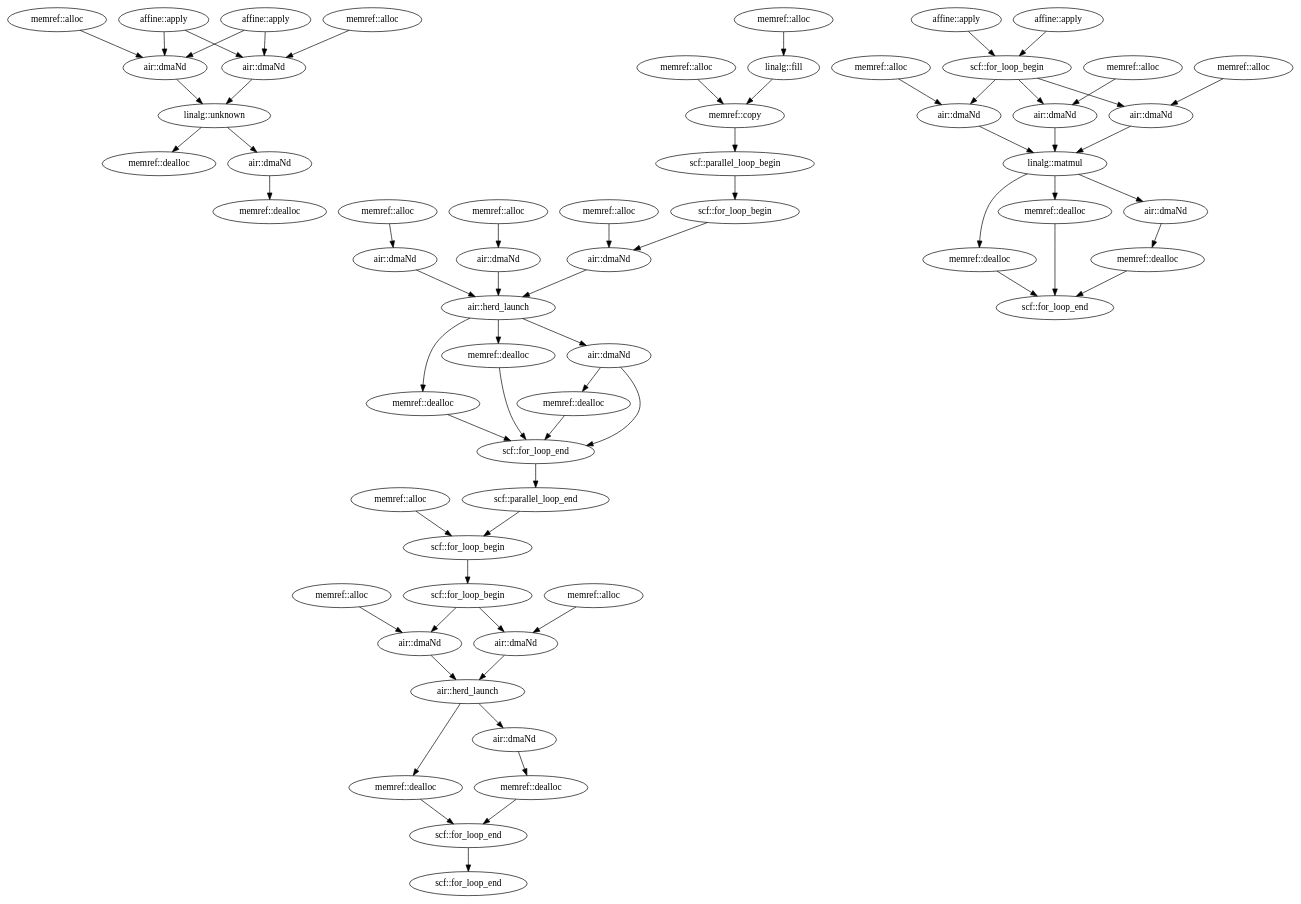
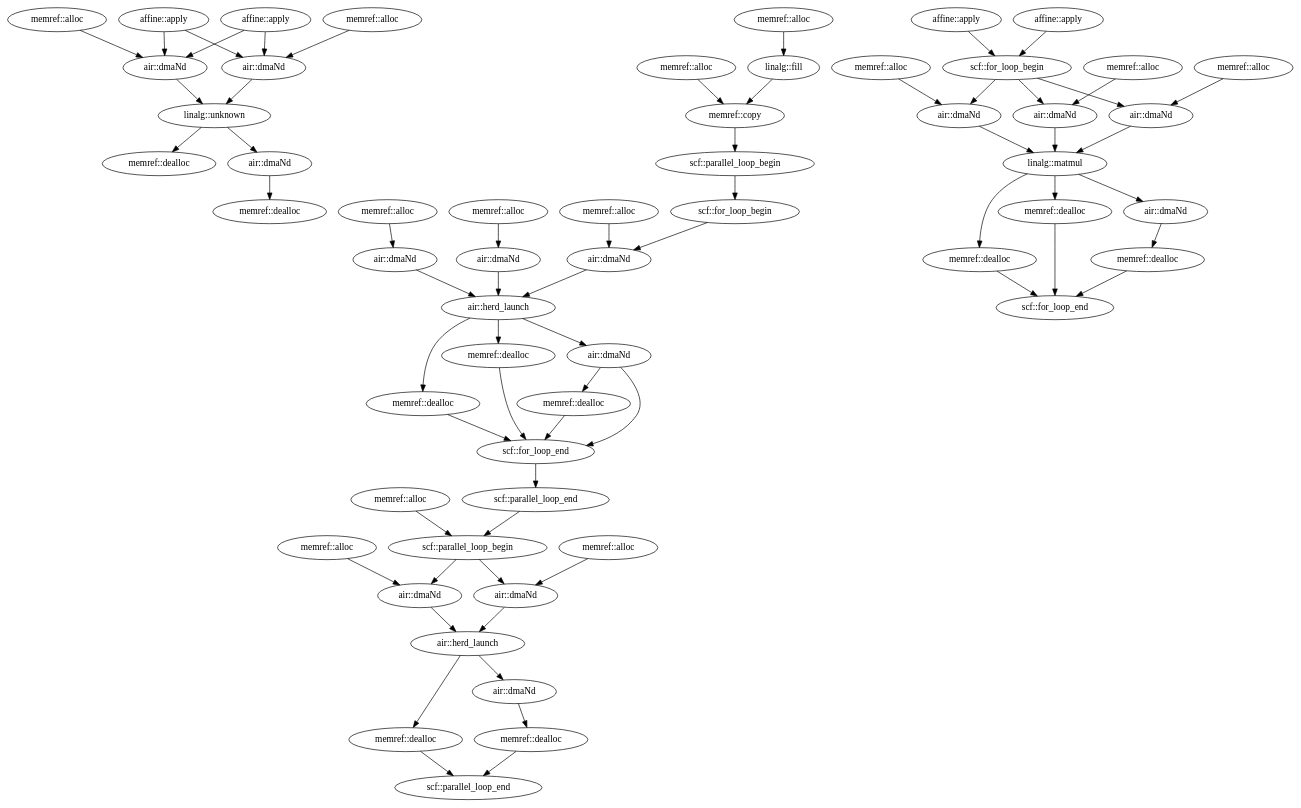
Before and after one commit to Xilinx/mlir-air: the diagram in examples/matmul_gelu/out.dot, drawn with Graphviz. The commit also changed 3 other files, not shown here.

Commit message:
Enable linalg tiling to scf.parallel loop for generic op

```diff
--- a/examples/matmul_gelu/out.dot
+++ b/examples/matmul_gelu/out.dot
@@ -1,124 +1,120 @@
 digraph G {
 0[label="memref::alloc"];
 1[label="memref::alloc"];
 2[label="affine::apply"];
 3[label="affine::apply"];
 4[label="air::dmaNd"];
 5[label="air::dmaNd"];
 6[label="linalg::unknown"];
 7[label="memref::dealloc"];
 8[label="air::dmaNd"];
 9[label="memref::dealloc"];
 10[label="memref::alloc"];
 11[label="memref::alloc"];
 12[label="memref::alloc"];
 13[label="air::dmaNd"];
 14[label="memref::alloc"];
 15[label="memref::alloc"];
 16[label="memref::alloc"];
 17[label="affine::apply"];
 18[label="air::dmaNd"];
 19[label="affine::apply"];
 20[label="air::dmaNd"];
 21[label="air::dmaNd"];
 22[label="linalg::matmul"];
 23[label="memref::dealloc"];
 24[label="memref::dealloc"];
 25[label="air::dmaNd"];
 26[label="memref::dealloc"];
 27[label="memref::alloc"];
 28[label="memref::alloc"];
 29[label="air::dmaNd"];
 30[label="memref::alloc"];
 31[label="air::dmaNd"];
 32[label="memref::alloc"];
 33[label="memref::alloc"];
 34[label="linalg::fill"];
 35[label="memref::copy"];
 36[label="air::dmaNd"];
 37[label="air::herd_launch"];
 38[label="memref::dealloc"];
 39[label="memref::dealloc"];
 40[label="air::dmaNd"];
 41[label="air::dmaNd"];
 42[label="air::herd_launch"];
 43[label="memref::dealloc"];
 44[label="air::dmaNd"];
 45[label="memref::dealloc"];
 46[label="memref::dealloc"];
 47[label="scf::for_loop_end"];
 48[label="scf::for_loop_begin"];
 49[label="scf::for_loop_end"];
 50[label="scf::for_loop_begin"];
 51[label="scf::parallel_loop_end"];
 52[label="scf::parallel_loop_begin"];
-53[label="scf::for_loop_end"];
-54[label="scf::for_loop_begin"];
-55[label="scf::for_loop_end"];
-56[label="scf::for_loop_begin"];
+53[label="scf::parallel_loop_end"];
+54[label="scf::parallel_loop_begin"];
 44->45 ;
 42->43 ;
 42->44 ;
 41->42 ;
 40->46 ;
 37->38 ;
 37->39 ;
 37->40 ;
 36->37 ;
 34->35 ;
 33->34 ;
 32->35 ;
 31->37 ;
 30->31 ;
 29->37 ;
 28->29 ;
 27->36 ;
 25->26 ;
 22->23 ;
 22->24 ;
 22->25 ;
 21->22 ;
 20->22 ;
 18->22 ;
 16->21 ;
 15->18 ;
 14->20 ;
 13->42 ;
 11->41 ;
 10->13 ;
 8->9 ;
 6->7 ;
 6->8 ;
 5->6 ;
 4->6 ;
 3->4 ;
 3->5 ;
 2->4 ;
 2->5 ;
 1->5 ;
 0->4 ;
 24->47 ;
 23->47 ;
 26->47 ;
 19->48 ;
 48->20 ;
 48->21 ;
 17->48 ;
 48->18 ;
 39->49 ;
 38->49 ;
 46->49 ;
 50->36 ;
 40->49 ;
 49->51 ;
 35->52 ;
 52->50 ;
 43->53 ;
 45->53 ;
+51->54 ;
 54->41 ;
+12->54 ;
 54->13 ;
-53->55 ;
-51->56 ;
-56->54 ;
-12->56 ;
 }
```
